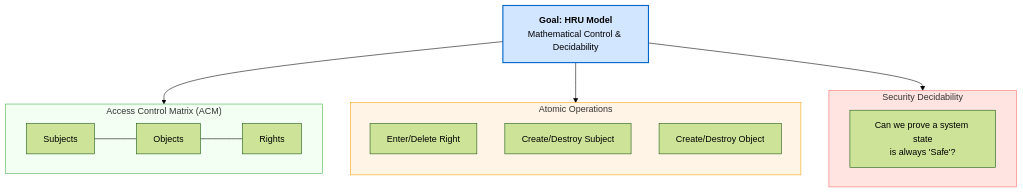
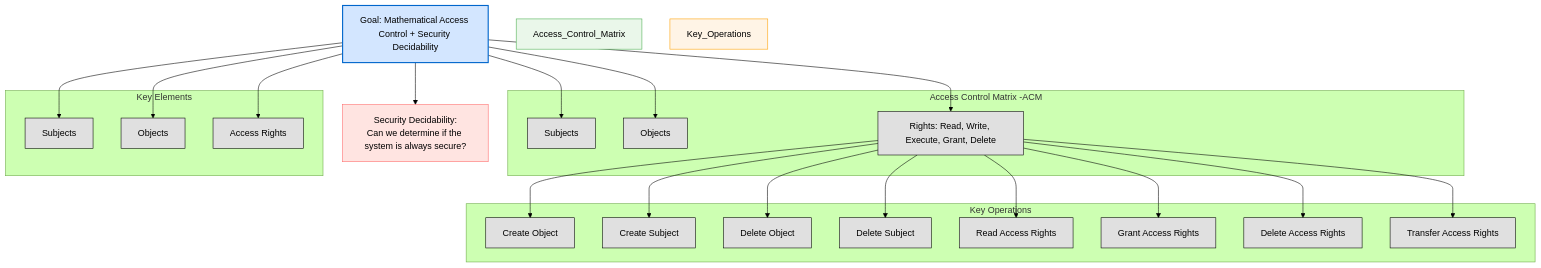
One commit to lorenzoleonelli/CISSP-Zero-to-Hero changed diagram 15 of 15 in DOMAIN3: Security Architecture and Engineering/3.02 Understand the fundamental concepts of security models (e.g. Biba, Star Model, Bell Lapadula).md. Above: the diagram before and after it, drawn with Mermaid (forest theme). The commit also changed other lines of this file, not shown here.

Commit message:
Update 3.02 Understand the fundamental concepts of security models (e.g. Biba, Star Model, Bell Lapadula).md

````diff
--- a/DOMAIN3: Security Architecture and Engineering/3.02 Understand the fundamental concepts of security models (e.g. Biba, Star Model, Bell Lapadula).md
+++ b/DOMAIN3: Security Architecture and Engineering/3.02 Understand the fundamental concepts of security models (e.g. Biba, Star Model, Bell Lapadula).md
@@ -626,31 +590,57 @@
 ```mermaid
 
 flowchart TD
-    A["<b>Goal: HRU Model</b><br/>Mathematical Control & Decidability"]
+    A[Goal: Mathematical Access Control + Security Decidability]
 
-    subgraph ACM ["Access Control Matrix (ACM)"]
-        direction LR
-        ACM1[Subjects] --- ACM2[Objects] --- ACM3[Rights]
+    subgraph Access Control Matrix -ACM
+        ACM1[Subjects]
+        ACM2[Objects]
+        ACM3[Rights: Read, Write, Execute, Grant, Delete]
     end
 
-    subgraph Operations ["Atomic Operations"]
-        direction TB
-        CO[Enter/Delete Right]
-        CS[Create/Destroy Subject]
-        DO[Create/Destroy Object]
+    subgraph Key Elements
+        S[Subjects]
+        O[Objects]
+        R[Access Rights]
     end
 
-    subgraph Decidability ["Security Decidability"]
-        SD["Can we prove a system state<br/>is always 'Safe'?"]
+    A --> ACM1
+    A --> ACM2
+    A --> ACM3
+    A --> S
+    A --> O
+    A --> R
+
+    subgraph Key Operations
+        CO[Create Object]
+        CS[Create Subject]
+        DO[Delete Object]
+        DS[Delete Subject]
+        RAR[Read Access Rights]
+        GAR[Grant Access Rights]
+        DAR[Delete Access Rights]
+        TAR[Transfer Access Rights]
     end
 
-    A --> ACM
-    A --> Operations
-    A --> Decidability
+    ACM3 --> CO
+    ACM3 --> CS
+    ACM3 --> DO
+    ACM3 --> DS
+    ACM3 --> RAR
+    ACM3 --> GAR
+    ACM3 --> DAR
+    ACM3 --> TAR
+
+    A --> SecurityDecidability["Security Decidability:<br/>Can we determine if the system is always secure?"]
 
     style A fill:#d3e6ff,stroke:#0066cc,stroke-width:2px
-    style ACM fill:#f2fff2,stroke:#4caf50
-    style Operations fill:#fff4e6,stroke:#ffa000
-    style Decidability fill:#ffe4e1,stroke:#ff6b6b
+    style Access_Control_Matrix fill:#eaf7ea,stroke:#4caf50
+    style Key_Operations fill:#fff4e6,stroke:#ffa000
+    style SecurityDecidability fill:#ffe4e1,stroke:#ff6b6b
+
+
+
+    classDef center fill:#ffffff,color:#000000,stroke:#000000,stroke-width:1px,font-weight:bold
+    classDef node fill:#e0e0e0,color:#000000,stroke:#000000,stroke-width:1px
 
 ```
````
